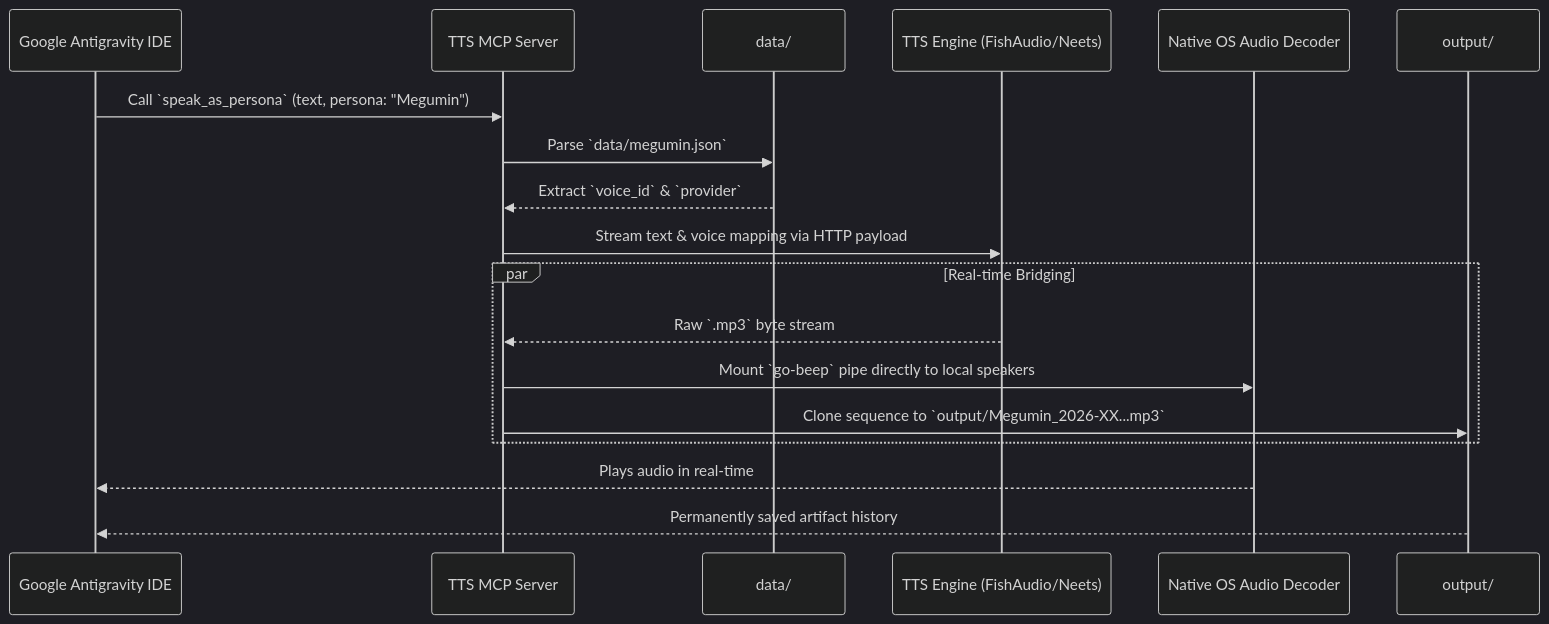
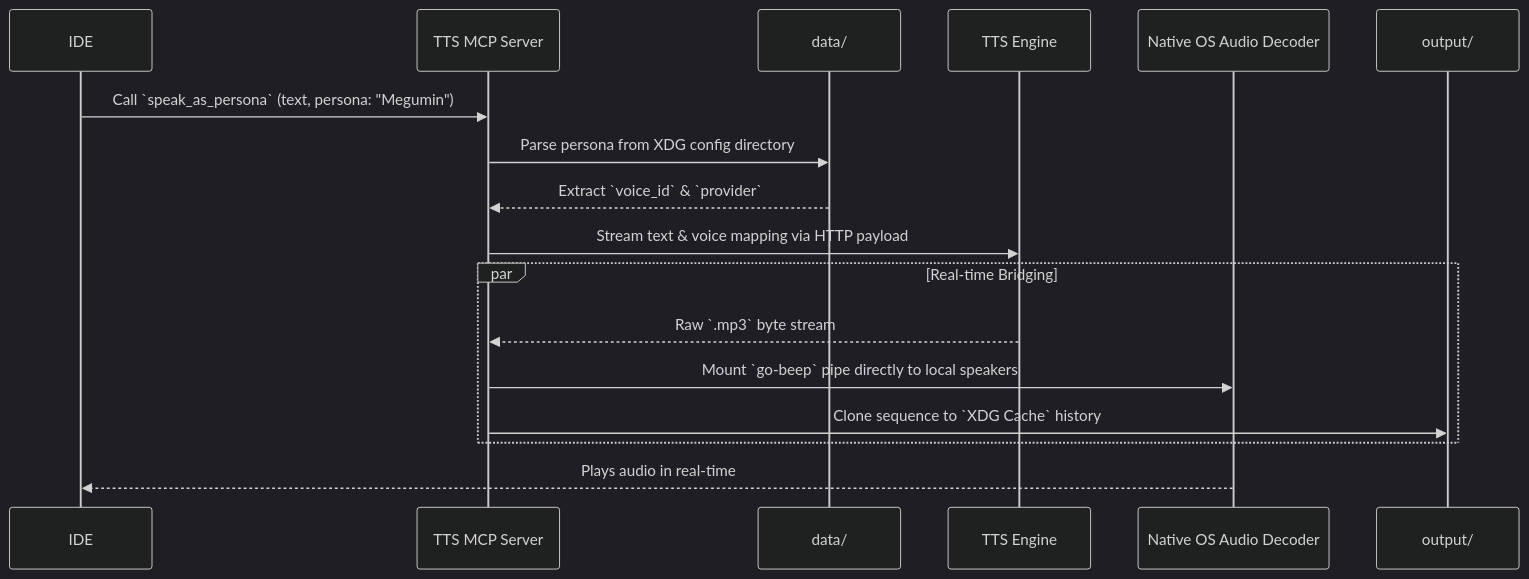
Before and after one commit to leo9iota/tts-mcp: the diagram in README.md, drawn with Mermaid. The commit also changed other lines of this file, not shown here.

````diff
--- a/README.md
+++ b/README.md
@@ -7,24 +87,23 @@
 ```mermaid
 %%{init: {'theme': 'dark'}}%%
 sequenceDiagram
-    participant User as Google Antigravity IDE
+    participant User as IDE
     participant MCP as TTS MCP Server
     participant Persona as data/
-    participant Provider as TTS Engine (FishAudio/Neets)
+    participant Provider as TTS Engine
     participant Speaker as Native OS Audio Decoder
     participant Output as output/
 
     User->>MCP: Call `speak_as_persona` (text, persona: "Megumin")
-    MCP->>Persona: Parse `data/megumin.json`
+    MCP->>Persona: Parse persona from XDG config directory
     Persona-->>MCP: Extract `voice_id` & `provider`
     MCP->>Provider: Stream text & voice mapping via HTTP payload
 
     par Real-time Bridging
         Provider-->>MCP: Raw `.mp3` byte stream
         MCP->>Speaker: Mount `go-beep` pipe directly to local speakers
-        MCP->>Output: Clone sequence to `output/Megumin_2026-XX...mp3`
+        MCP->>Output: Clone sequence to `XDG Cache` history
     end
 
     Speaker-->>User: Plays audio in real-time
-    Output-->>User: Permanently saved artifact history
 ```
````
